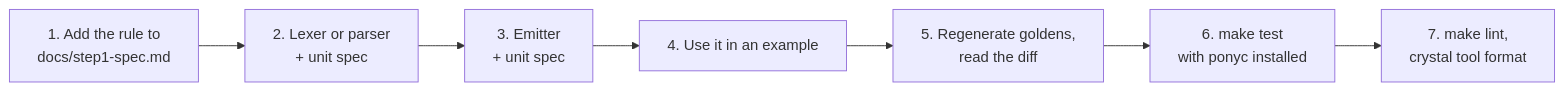
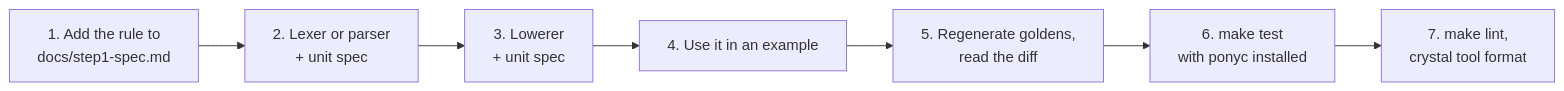
The second of 2 diagrams in DEVELOPMENT.md (nogginly/sparkle), drawn with Mermaid before and after one commit. The commit also changed other lines of this file and 23 other files, not shown here.

````diff
--- a/DEVELOPMENT.md
+++ b/DEVELOPMENT.md
@@ -143,9 +142,9 @@
 ```mermaid
 flowchart LR
     R["1. Add the rule to<br/>docs/step1-spec.md"] --> P["2. Lexer or parser<br/>+ unit spec"]
-    P --> E["3. Emitter<br/>+ unit spec"]
+    P --> E["3. Lowerer<br/>+ unit spec"]
     E --> X["4. Use it in an example"]
     X --> G["5. Regenerate goldens,<br/>read the diff"]
     G --> T["6. make test<br/>with ponyc installed"]
     T --> L["7. make lint,<br/>crystal tool format"]
 ```
````
